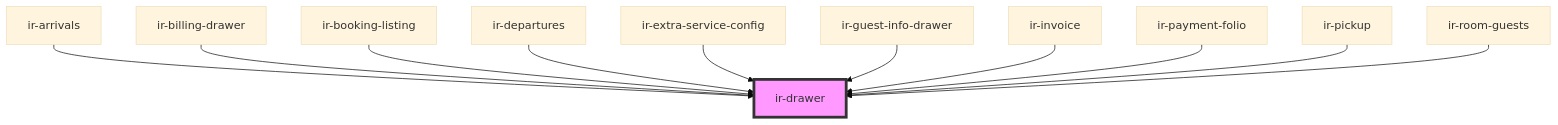
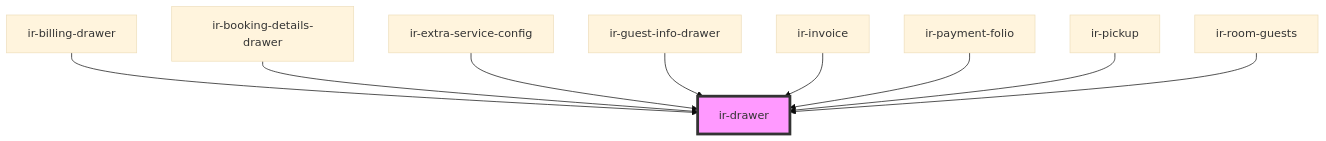
The diagram in src/components/ir-drawer/readme.md (David1Chowaifaty/modified-ir-webcmp), drawn with Mermaid (base theme) before and after one commit. The commit also changed other lines of this file and 8 other files, not shown here.

First line of the commit message:
Update documentation and references for IrBookingDetailsDrawer component

````diff
--- a/src/components/ir-drawer/readme.md
+++ b/src/components/ir-drawer/readme.md
@@ -43,14 +41,12 @@
 ```mermaid
 graph TD;
-  ir-arrivals --> ir-drawer
   ir-billing-drawer --> ir-drawer
-  ir-booking-listing --> ir-drawer
-  ir-departures --> ir-drawer
+  ir-booking-details-drawer --> ir-drawer
   ir-extra-service-config --> ir-drawer
   ir-guest-info-drawer --> ir-drawer
   ir-invoice --> ir-drawer
   ir-payment-folio --> ir-drawer
   ir-pickup --> ir-drawer
   ir-room-guests --> ir-drawer
   style ir-drawer fill:#f9f,stroke:#333,stroke-width:4px
 ```
````
